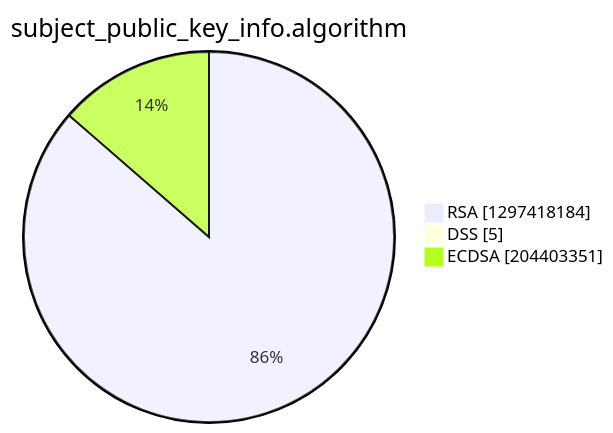
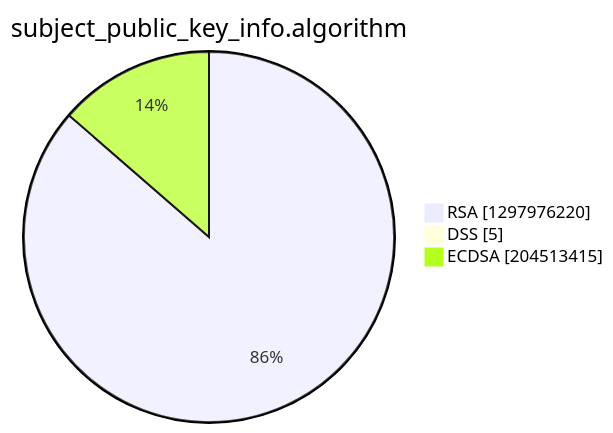
One commit to christiankrug/ctmonitor_visualization changed the third of 15 diagrams in argon2022/README.md. Above: the diagram before and after it, drawn with Mermaid. The commit also changed other lines of this file, not shown here.

````diff
--- a/argon2022/README.md
+++ b/argon2022/README.md
@@ -14,7 +14,7 @@
 ```mermaid
 pie showData
 title subject_public_key_info.algorithm
-"RSA" :1297418184
+"RSA" :1297976220
 "DSS" :5
-"ECDSA" :204403351
+"ECDSA" :204513415
 ```
````
